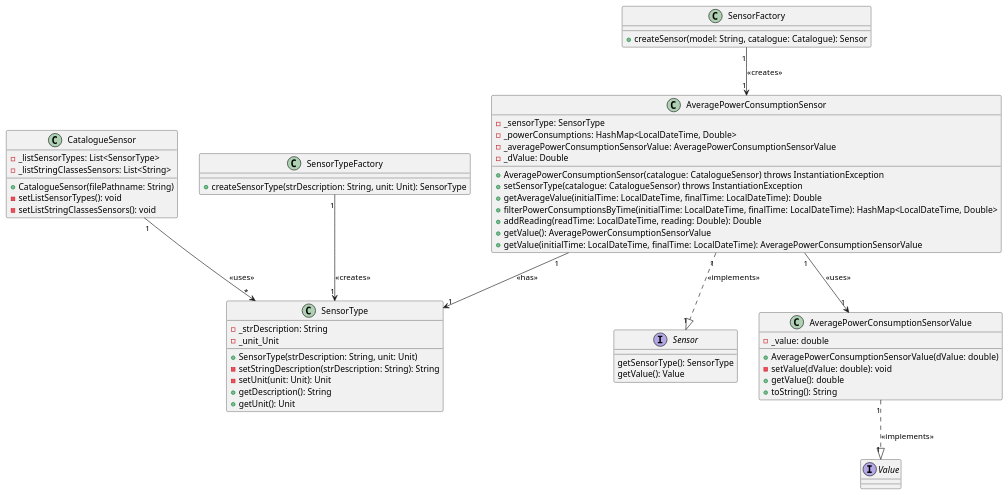
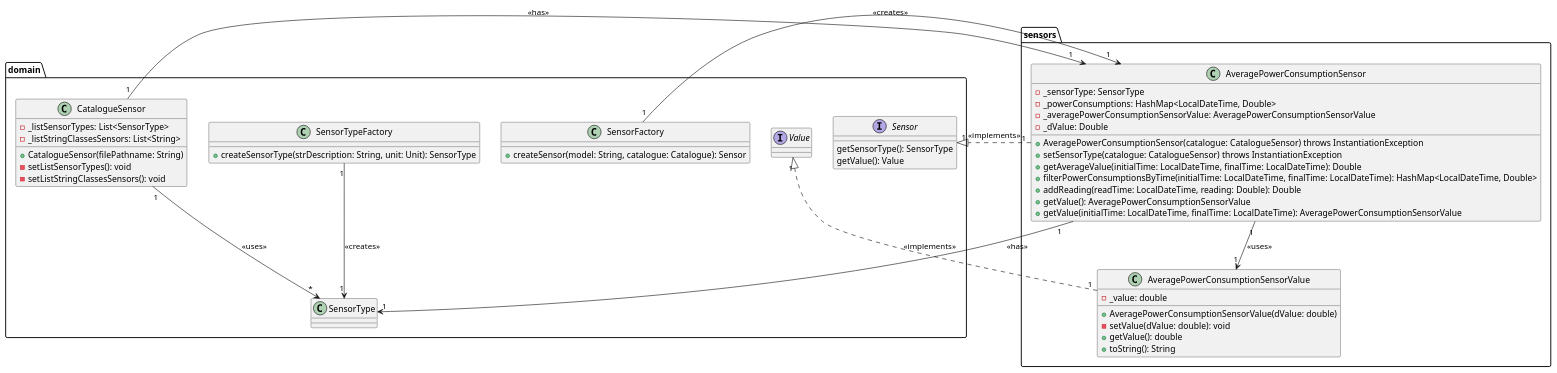
Before and after one commit to olivDiogo/SmartHome: the diagram in docs/ood/classDiagram/US25AveragePowerConsumptionSensor.puml, drawn with PlantUML. The commit also changed 1 other file, not shown here.

Commit message:
#38 diagrams updated

```diff
--- a/docs/ood/classDiagram/US25AveragePowerConsumptionSensor.puml
+++ b/docs/ood/classDiagram/US25AveragePowerConsumptionSensor.puml
@@ -1,83 +1,79 @@
 @startuml
 
+package domain{
+
+   class SensorFactory {
+        'Methods'
+        +createSensor(model: String, catalogue: Catalogue): Sensor
+        }
+
+        class SensorTypeFactory {
+        'Methods'
+        +createSensorType(strDescription: String, unit: Unit): SensorType
+        }
 
     class CatalogueSensor{
     'Attributes'
     - _listSensorTypes: List<SensorType>
     - _listStringClassesSensors: List<String>
 
     'Methods'
     +CatalogueSensor(filePathname: String)
     -setListSensorTypes(): void
     -setListStringClassesSensors(): void
     }
 
     class SensorType {
-    'Atributes'
-    - _strDescription: String
-    - _unit_Unit
 
-    'Methods'
-    +SensorType(strDescription: String, unit: Unit)
-    -setStringDescription(strDescription: String): String
-    -setUnit(unit: Unit): Unit
-    +getDescription(): String
-    +getUnit(): Unit
     }
+
+     interface Sensor{
+        'Methods'
+        getSensorType(): SensorType
+        getValue(): Value
+        }
+
+        interface Value{
+        }
+}
+
+package sensors{
 
  class AveragePowerConsumptionSensorValue{
  'Attributes'
  - _value: double
 
  'Methods'
  +AveragePowerConsumptionSensorValue(dValue: double)
  -setValue(dValue: double): void
  +getValue(): double
  +toString(): String
  }
     class AveragePowerConsumptionSensor {
         - _sensorType: SensorType
         - _powerConsumptions: HashMap<LocalDateTime, Double>
         - _averagePowerConsumptionSensorValue: AveragePowerConsumptionSensorValue
         - _dValue: Double
         + AveragePowerConsumptionSensor(catalogue: CatalogueSensor) throws InstantiationException
         + setSensorType(catalogue: CatalogueSensor) throws InstantiationException
         + getAverageValue(initialTime: LocalDateTime, finalTime: LocalDateTime): Double
         + filterPowerConsumptionsByTime(initialTime: LocalDateTime, finalTime: LocalDateTime): HashMap<LocalDateTime, Double>
         + addReading(readTime: LocalDateTime, reading: Double): Double
         + getValue(): AveragePowerConsumptionSensorValue
         + getValue(initialTime: LocalDateTime, finalTime: LocalDateTime): AveragePowerConsumptionSensorValue
     }
-
-    interface Sensor{
-    'Methods'
-    getSensorType(): SensorType
-    getValue(): Value
-    }
-
-    interface Value{
-    }
-
-    class SensorFactory {
-    'Methods'
-    +createSensor(model: String, catalogue: Catalogue): Sensor
-    }
-
-    class SensorTypeFactory {
-    'Methods'
-    +createSensorType(strDescription: String, unit: Unit): SensorType
-    }
+}
 
 
 SensorFactory "1" --> "1" AveragePowerConsumptionSensor : <<creates>>
 AveragePowerConsumptionSensor "1" --> "1" SensorType : <<has>>
 AveragePowerConsumptionSensor "1" --> "1" AveragePowerConsumptionSensorValue : <<uses>>
 AveragePowerConsumptionSensor "1" ..|> "1" Sensor: <<implements>>
 
-
+CatalogueSensor "1" --> "1" AveragePowerConsumptionSensor : <<has>>
 CatalogueSensor "1" --> "*" SensorType : <<uses>>
 AveragePowerConsumptionSensorValue "1" ..|> "1" Value: <<implements>>
 SensorTypeFactory "1" --> "1" SensorType : <<creates>>
 
 
 @enduml
```
